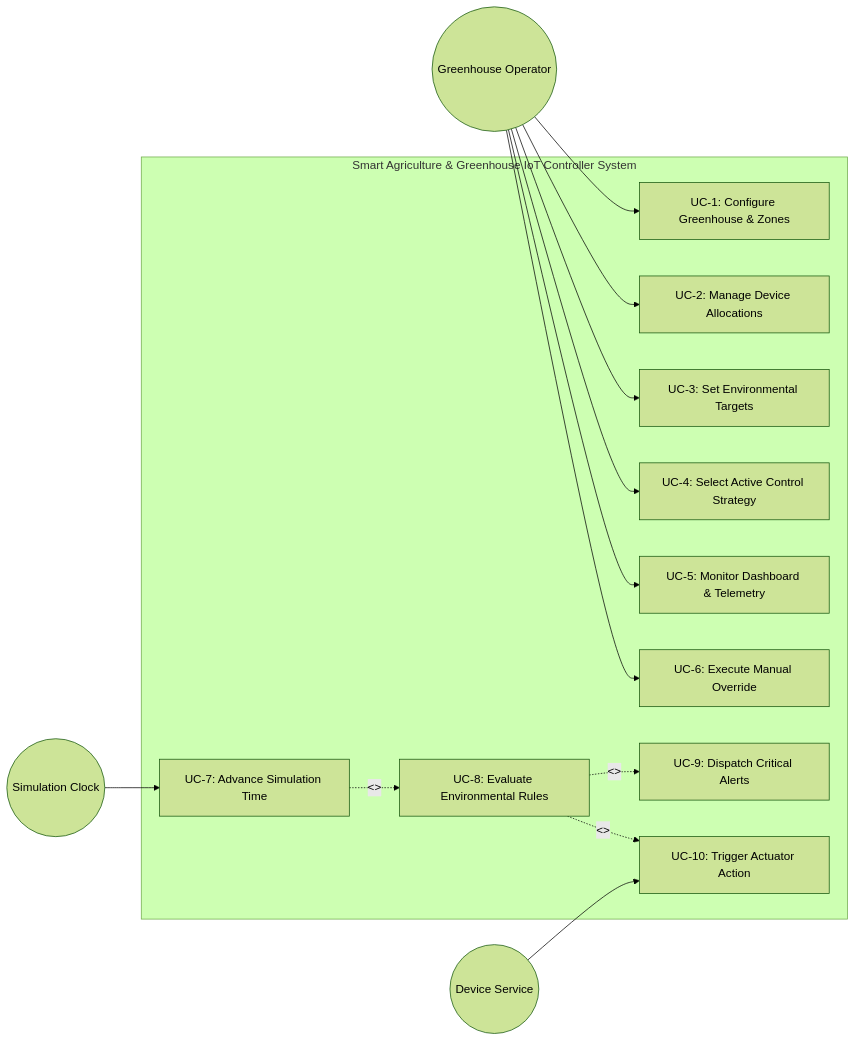
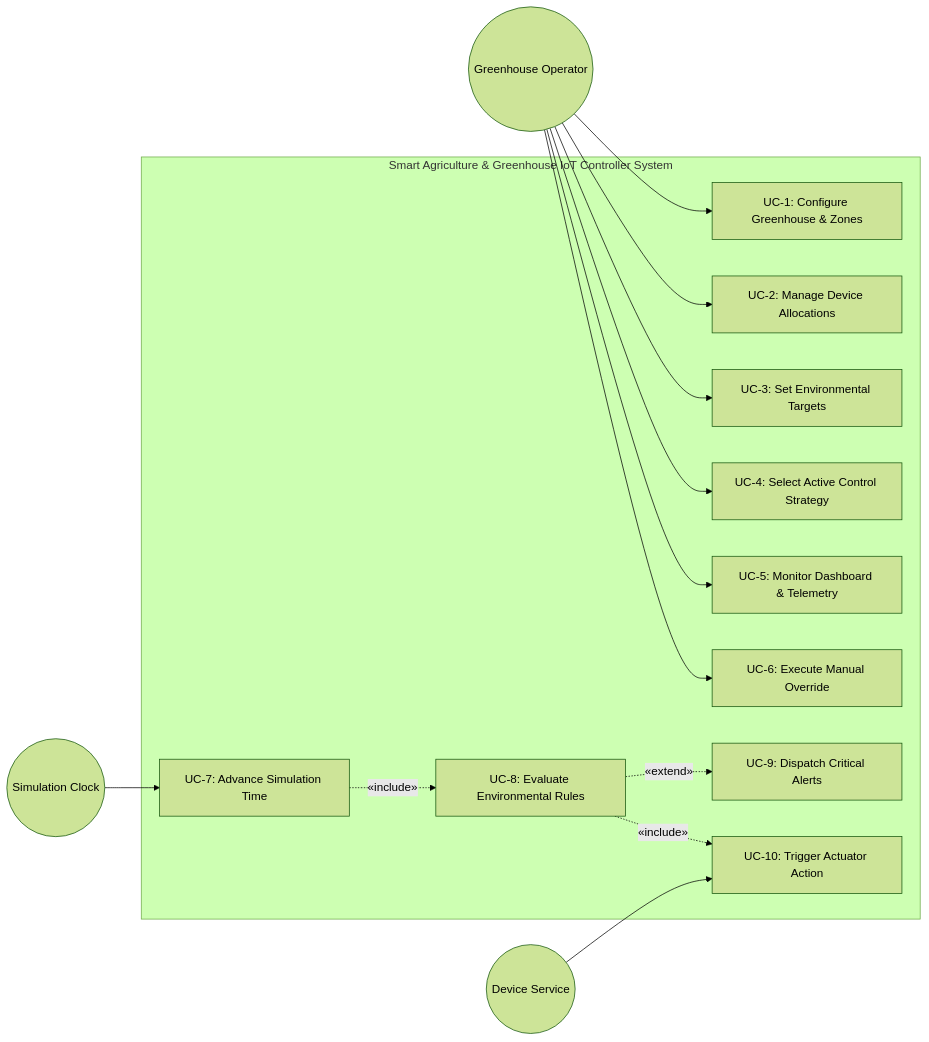
Before and after one commit to nziyak/3Bits_Smart_Agriculture_Systems: the diagram in docs/deliverables/2- UMLs/03_4_use_case_model.md, drawn with Mermaid (forest theme). The commit also changed 3 other files, not shown here.

````diff
--- a/docs/deliverables/2- UMLs/03_4_use_case_model.md
+++ b/docs/deliverables/2- UMLs/03_4_use_case_model.md
@@ -10,33 +10,33 @@
 ```mermaid
 flowchart LR
     Operator((Greenhouse Operator))
     SimClock((Simulation Clock))
     HwService((Device Service))
 
     subgraph Smart Agriculture & Greenhouse IoT Controller System
         UC1[UC-1: Configure Greenhouse & Zones]
         UC2[UC-2: Manage Device Allocations]
         UC3[UC-3: Set Environmental Targets]
         UC4[UC-4: Select Active Control Strategy]
         UC5[UC-5: Monitor Dashboard & Telemetry]
         UC6[UC-6: Execute Manual Override]
         UC7[UC-7: Advance Simulation Time]
         UC8[UC-8: Evaluate Environmental Rules]
         UC9[UC-9: Dispatch Critical Alerts]
         UC10[UC-10: Trigger Actuator Action]
     end
 
     Operator --> UC1
     Operator --> UC2
     Operator --> UC3
     Operator --> UC4
     Operator --> UC5
     Operator --> UC6
 
     SimClock --> UC7
-    UC7 -.->|<<include>>| UC8
-    UC8 -.->|<<include>>| UC10
-    UC8 -.->|<<extend>>| UC9
+    UC7 -.->|«include»| UC8
+    UC8 -.->|«include»| UC10
+    UC8 -.->|«extend»| UC9
 
     HwService --> UC10
 ```
````
